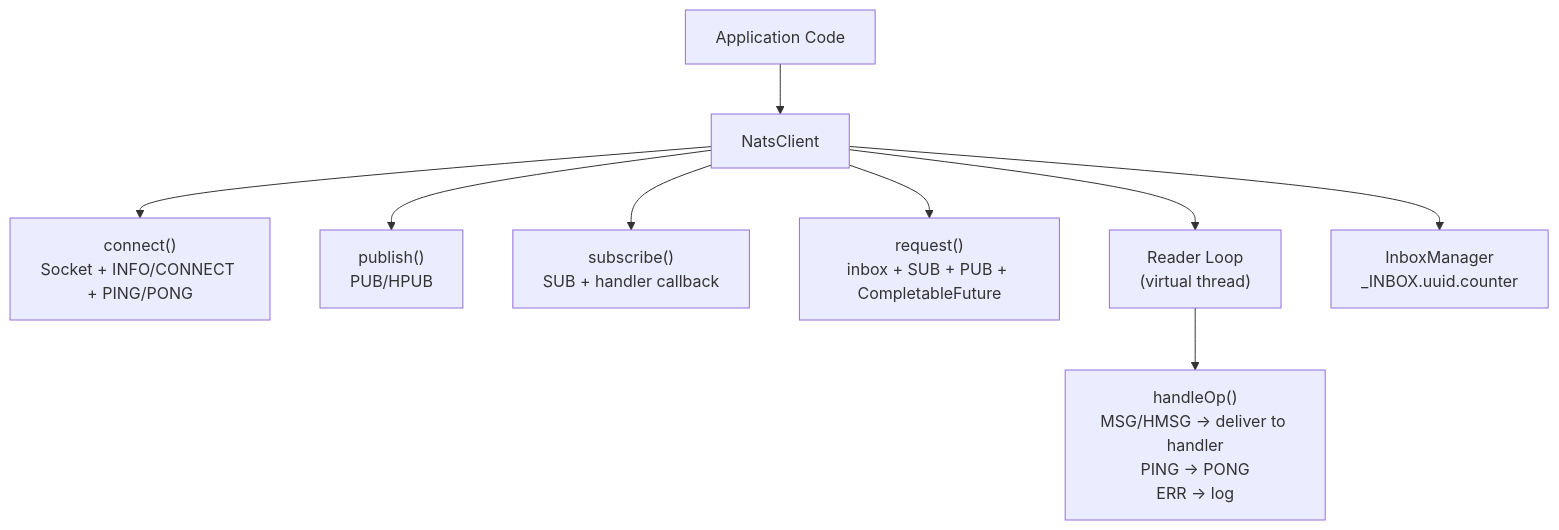
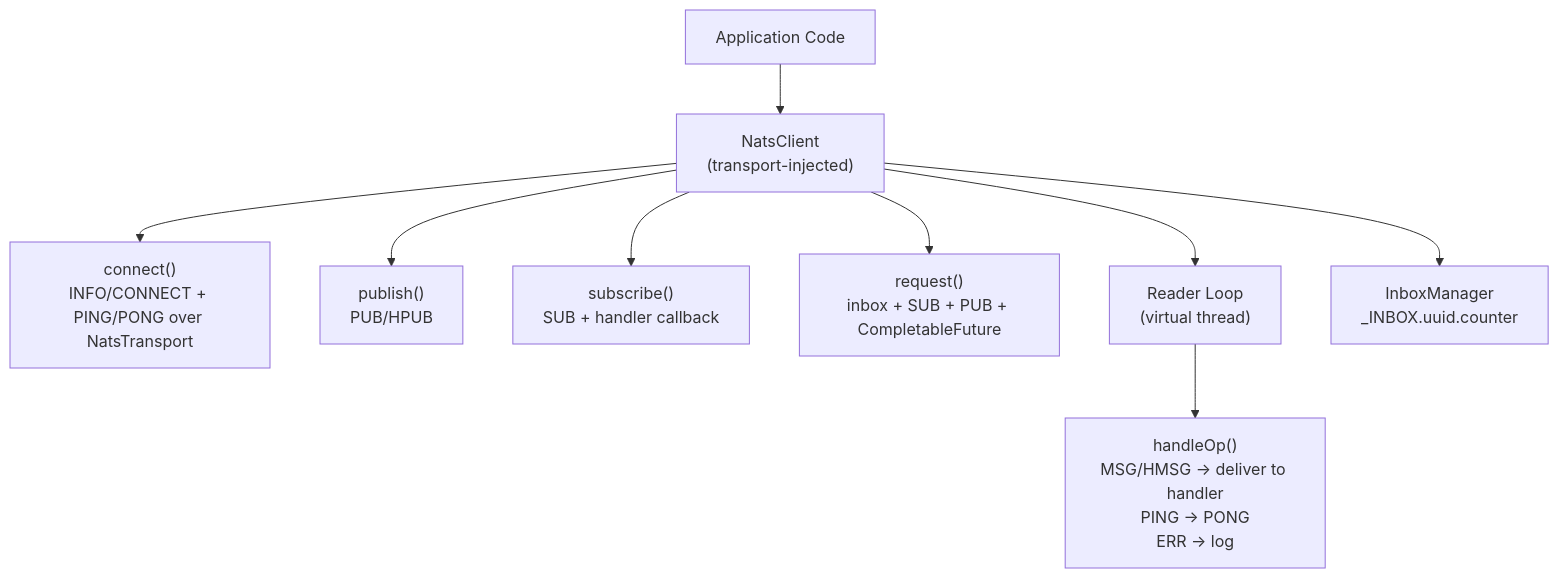
One commit to 000ssg/lego-flow changed the sixth of 8 diagrams in messaging/nats/doc/ARCHITECTURE.md. Above: the diagram before and after it, drawn with Mermaid. The commit also changed other lines of this file and 780 other files, not shown here.

````diff
--- a/messaging/nats/doc/ARCHITECTURE.md
+++ b/messaging/nats/doc/ARCHITECTURE.md
@@ -122,11 +132,11 @@
 ```mermaid
 graph TD
-    App["Application Code"] --> Client["NatsClient"]
-    Client --> Connect["connect()<br/>Socket + INFO/CONNECT + PING/PONG"]
+    App["Application Code"] --> Client["NatsClient<br/>(transport-injected)"]
+    Client --> Connect["connect()<br/>INFO/CONNECT + PING/PONG over NatsTransport"]
     Client --> Pub["publish()<br/>PUB/HPUB"]
     Client --> Sub["subscribe()<br/>SUB + handler callback"]
     Client --> Req["request()<br/>inbox + SUB + PUB + CompletableFuture"]
     Client --> Reader["Reader Loop<br/>(virtual thread)"]
     Reader --> Dispatch["handleOp()<br/>MSG/HMSG -> deliver to handler<br/>PING -> PONG<br/>ERR -> log"]
     Client --> Inbox["InboxManager<br/>_INBOX.uuid.counter"]
 ```
````
